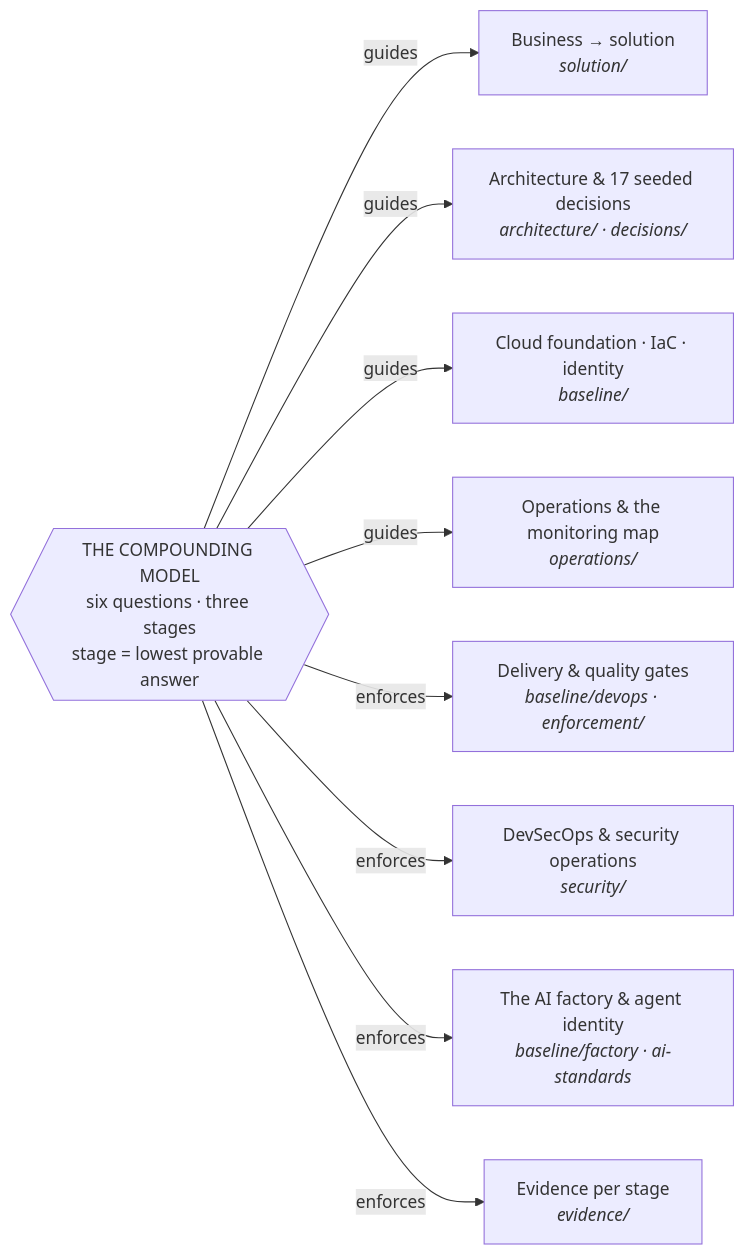
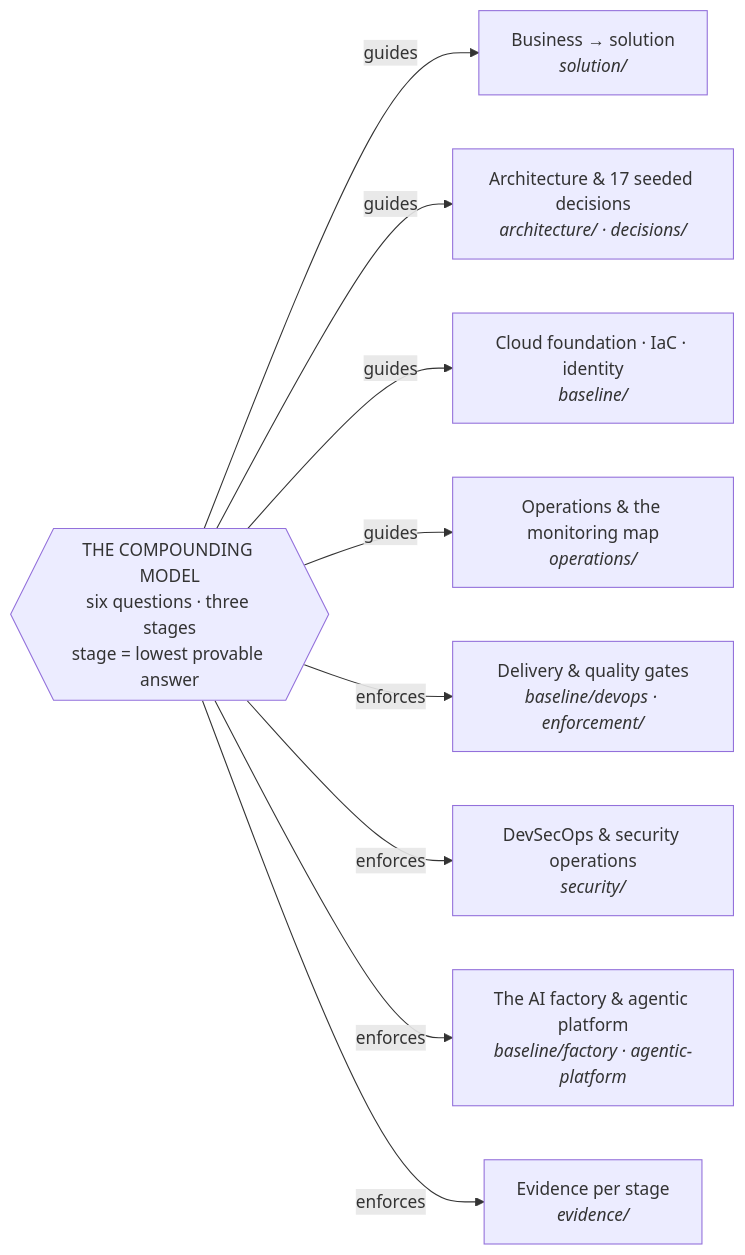
One commit to savvaniss/compounding-model changed the diagram in README.md. Above: the diagram before and after it, drawn with Mermaid. The commit also changed other lines of this file, not shown here.

Commit message:
fix: README diagram and role nav aligned with the agentic platform
The hub diagram's factory node now names the agentic platform (identity
lives under the foundation node); the Architect role gains the
agentic-platform doc — the adopt-vs-keep control-plane calls are
architecture decisions.

Claude-Session: https://claude.ai/code/session_01MZBNLrU91FAg1Y4pBnTN1P

````diff
--- a/README.md
+++ b/README.md
@@ -65,12 +65,12 @@
 ```mermaid
 flowchart LR
   M{{"THE COMPOUNDING MODEL<br/>six questions · three stages<br/>stage = lowest provable answer"}}
   M -->|guides| SOL["Business → solution<br/><i>solution/</i>"]
   M -->|guides| ARC["Architecture & 17 seeded decisions<br/><i>architecture/ · decisions/</i>"]
   M -->|guides| FND["Cloud foundation · IaC · identity<br/><i>baseline/</i>"]
   M -->|guides| OPS["Operations & the monitoring map<br/><i>operations/</i>"]
   M -->|enforces| DEL["Delivery & quality gates<br/><i>baseline/devops · enforcement/</i>"]
   M -->|enforces| SEC["DevSecOps & security operations<br/><i>security/</i>"]
-  M -->|enforces| FAC["The AI factory & agent identity<br/><i>baseline/factory · ai-standards</i>"]
+  M -->|enforces| FAC["The AI factory & agentic platform<br/><i>baseline/factory · agentic-platform</i>"]
   M -->|enforces| EVD["Evidence per stage<br/><i>evidence/</i>"]
 ```
````
